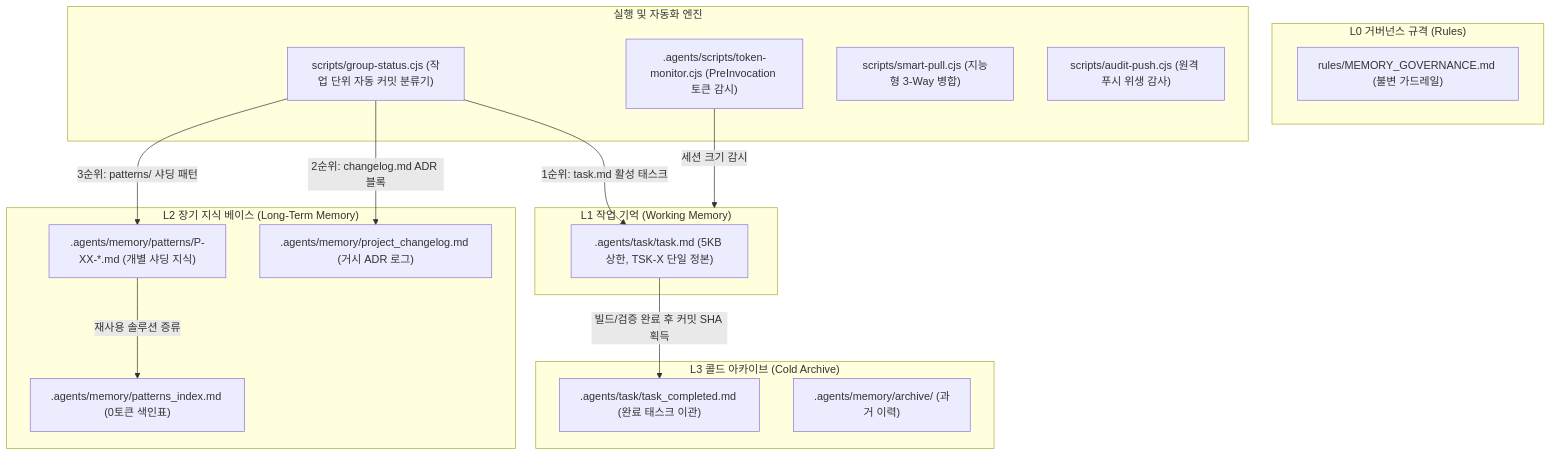
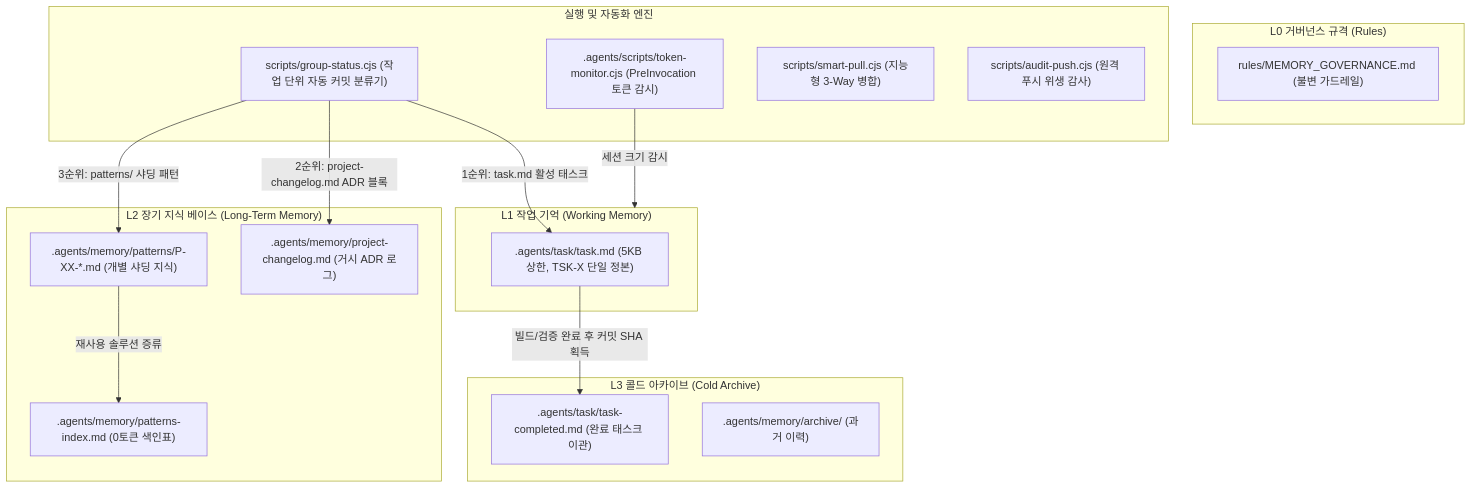
Before and after one commit to RockBeider/agent-context-memory: the diagram in README.md, drawn with Mermaid. The commit also changed other lines of this file and 38 other files, not shown here.

````diff
--- a/README.md
+++ b/README.md
@@ -11,35 +11,35 @@
 ```mermaid
 flowchart TB
   subgraph L0["L0 거버넌스 규격 (Rules)"]
     R["rules/MEMORY_GOVERNANCE.md (불변 가드레일)"]
   end
 
   subgraph L1["L1 작업 기억 (Working Memory)"]
     T[".agents/task/task.md (5KB 상한, TSK-X 단일 정본)"]
   end
 
   subgraph L2["L2 장기 지식 베이스 (Long-Term Memory)"]
-    PI[".agents/memory/patterns_index.md (0토큰 색인표)"]
+    PI[".agents/memory/patterns-index.md (0토큰 색인표)"]
     P[".agents/memory/patterns/P-XX-*.md (개별 샤딩 지식)"]
-    CL[".agents/memory/project_changelog.md (거시 ADR 로그)"]
+    CL[".agents/memory/project-changelog.md (거시 ADR 로그)"]
   end
 
   subgraph L3["L3 콜드 아카이브 (Cold Archive)"]
-    TC[".agents/task/task_completed.md (완료 태스크 이관)"]
+    TC[".agents/task/task-completed.md (완료 태스크 이관)"]
     AR[".agents/memory/archive/ (과거 이력)"]
   end
 
   subgraph ENGINE["실행 및 자동화 엔진"]
     GS["scripts/group-status.cjs (작업 단위 자동 커밋 분류기)"]
     TM[".agents/scripts/token-monitor.cjs (PreInvocation 토큰 감시)"]
     SP["scripts/smart-pull.cjs (지능형 3-Way 병합)"]
     AP["scripts/audit-push.cjs (원격 푸시 위생 감사)"]
   end
 
   T -- "빌드/검증 완료 후 커밋 SHA 획득" --> TC
   P -- "재사용 솔루션 증류" --> PI
   GS -- "1순위: task.md 활성 태스크" --> T
-  GS -- "2순위: changelog.md ADR 블록" --> CL
+  GS -- "2순위: project-changelog.md ADR 블록" --> CL
   GS -- "3순위: patterns/ 샤딩 패턴" --> P
   TM -- "세션 크기 감시" --> L1
 ```
````
